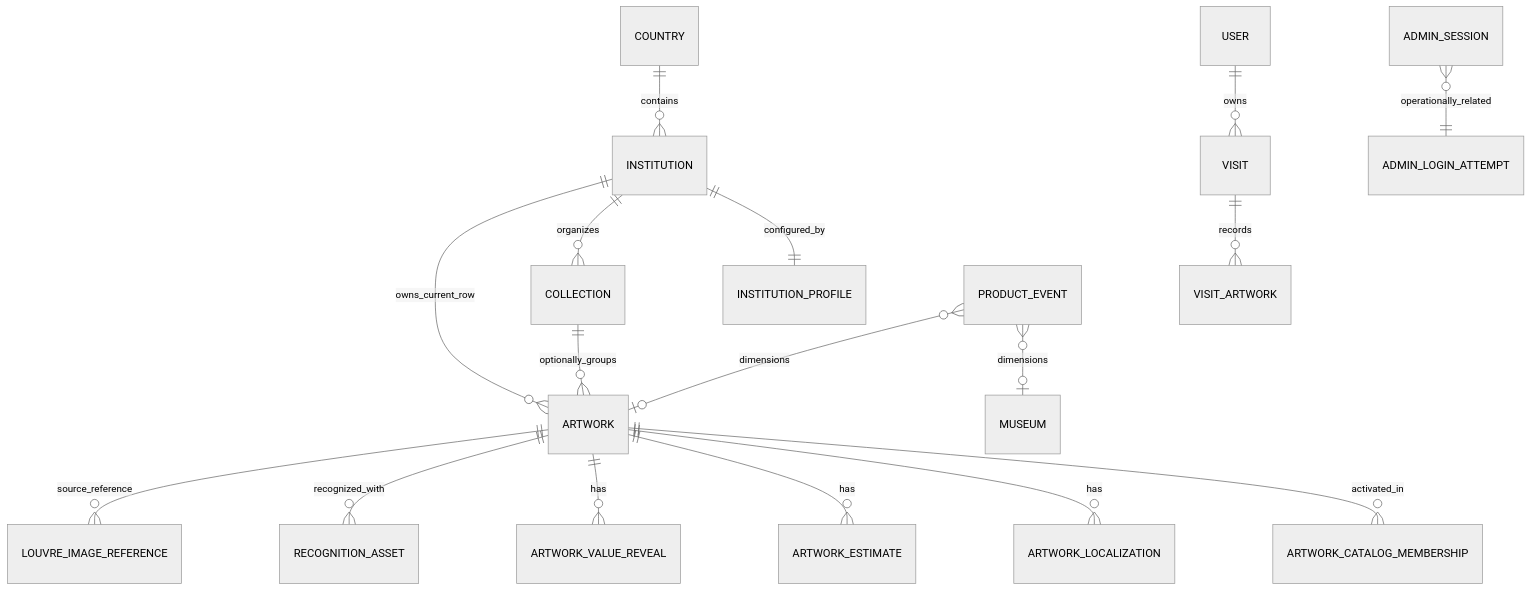
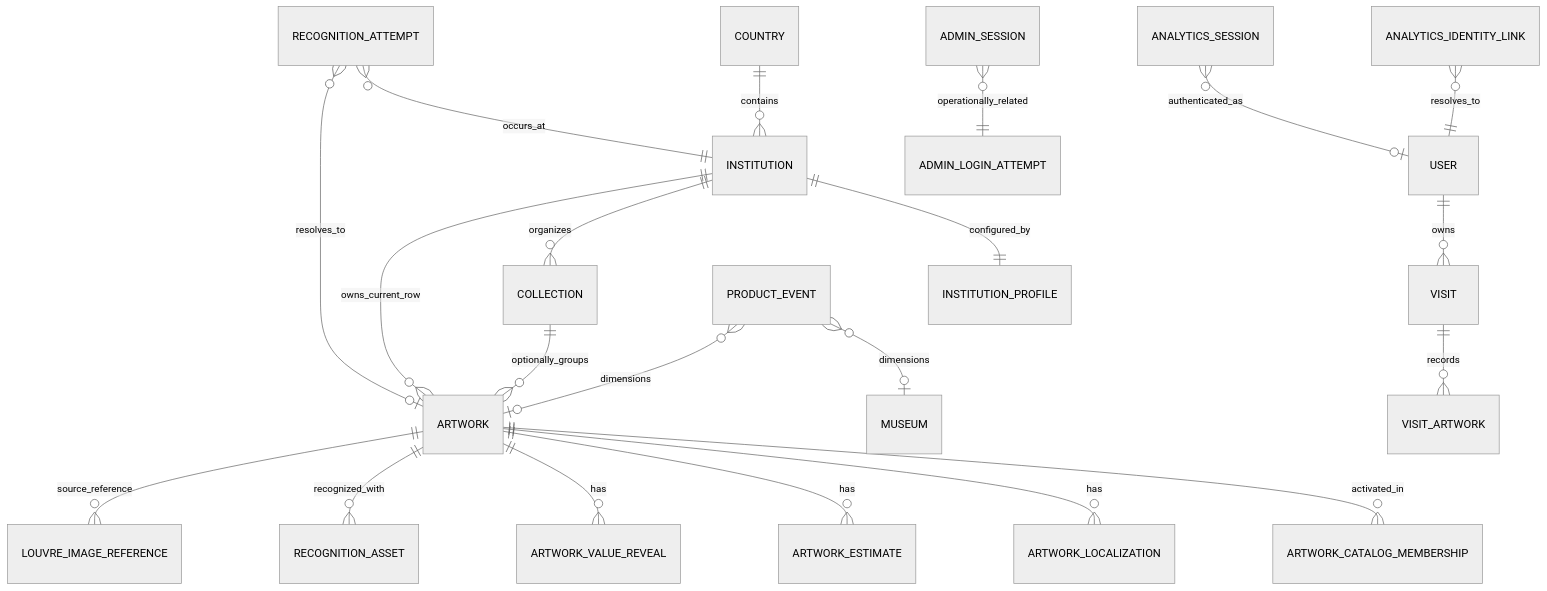
Before and after one commit to shopqrepublik/aura: the first of 2 diagrams in docs/architecture/DATA_MODEL.md, drawn with Mermaid (neutral theme). The commit also changed other lines of this file and 20 other files, not shown here.

Commit message:
Establish trusted analytics identity and event integrity

````diff
--- a/docs/architecture/DATA_MODEL.md
+++ b/docs/architecture/DATA_MODEL.md
@@ -7,19 +7,23 @@
 ```mermaid
 erDiagram
   COUNTRY ||--o{ INSTITUTION : contains
   INSTITUTION ||--|| INSTITUTION_PROFILE : configured_by
   INSTITUTION ||--o{ COLLECTION : organizes
   INSTITUTION ||--o{ ARTWORK : owns_current_row
   COLLECTION ||--o{ ARTWORK : optionally_groups
   ARTWORK ||--o{ ARTWORK_CATALOG_MEMBERSHIP : activated_in
   ARTWORK ||--o{ ARTWORK_LOCALIZATION : has
   ARTWORK ||--o{ ARTWORK_ESTIMATE : has
   ARTWORK ||--o{ ARTWORK_VALUE_REVEAL : has
   ARTWORK ||--o{ RECOGNITION_ASSET : recognized_with
   ARTWORK ||--o{ LOUVRE_IMAGE_REFERENCE : source_reference
   USER ||--o{ VISIT : owns
   VISIT ||--o{ VISIT_ARTWORK : records
   PRODUCT_EVENT }o--o| MUSEUM : dimensions
   PRODUCT_EVENT }o--o| ARTWORK : dimensions
+  ANALYTICS_IDENTITY_LINK }o--|| USER : resolves_to
+  ANALYTICS_SESSION }o--o| USER : authenticated_as
+  RECOGNITION_ATTEMPT }o--|| INSTITUTION : occurs_at
+  RECOGNITION_ATTEMPT }o--o| ARTWORK : resolves_to
   ADMIN_SESSION }o--|| ADMIN_LOGIN_ATTEMPT : operationally_related
 ```
````
